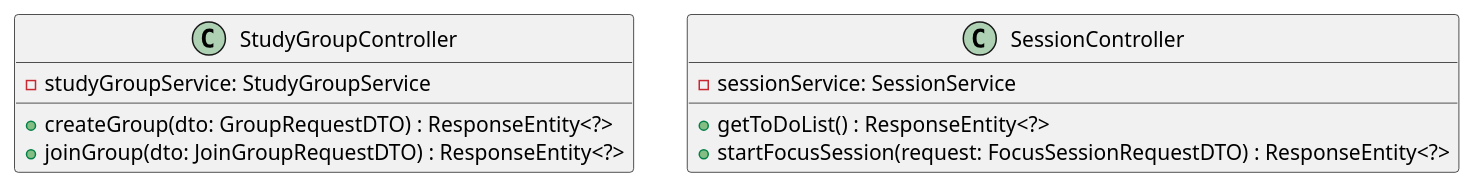
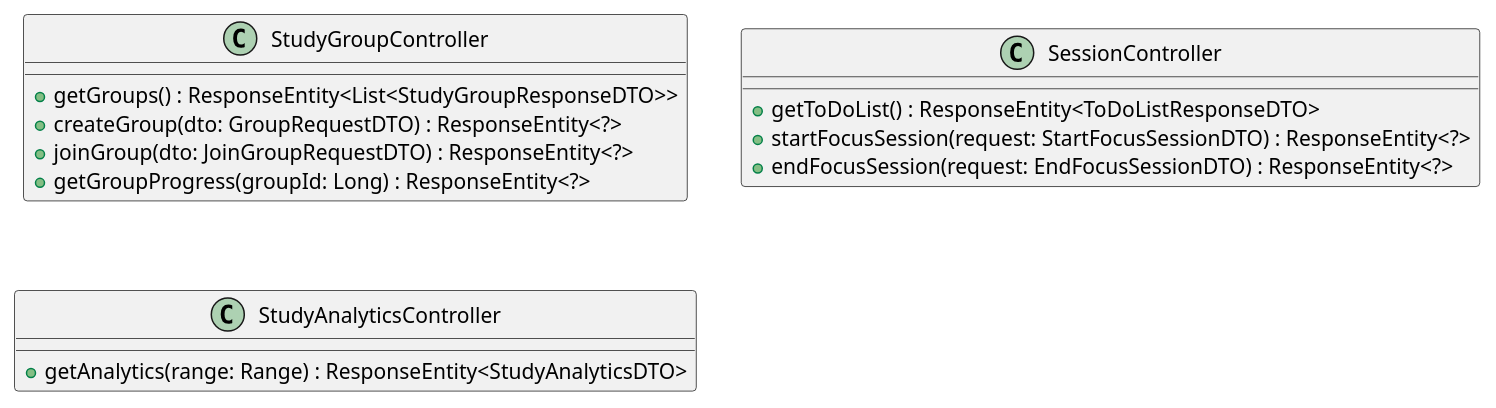
The diagram in p2/controller.puml (keerati5003/PlanMate-Diagram), drawn with PlantUML before and after one commit. The commit also changed 5 other files, not shown here.

```diff
--- a/p2/controller.puml
+++ b/p2/controller.puml
@@ -1,15 +1,20 @@
 @startuml
 
 class StudyGroupController {
-    - studyGroupService: StudyGroupService
+    + getGroups() : ResponseEntity<List<StudyGroupResponseDTO>>
     + createGroup(dto: GroupRequestDTO) : ResponseEntity<?>
     + joinGroup(dto: JoinGroupRequestDTO) : ResponseEntity<?>
+    + getGroupProgress(groupId: Long) : ResponseEntity<?>
 }
 
 class SessionController {
-    - sessionService: SessionService
-    + getToDoList() : ResponseEntity<?>
-    + startFocusSession(request: FocusSessionRequestDTO) : ResponseEntity<?>
+    + getToDoList() : ResponseEntity<ToDoListResponseDTO>
+    + startFocusSession(request: StartFocusSessionDTO) : ResponseEntity<?>
+    + endFocusSession(request: EndFocusSessionDTO) : ResponseEntity<?>
+}
+
+class StudyAnalyticsController {
+    + getAnalytics(range: Range) : ResponseEntity<StudyAnalyticsDTO>
 }
 
 @enduml
```
